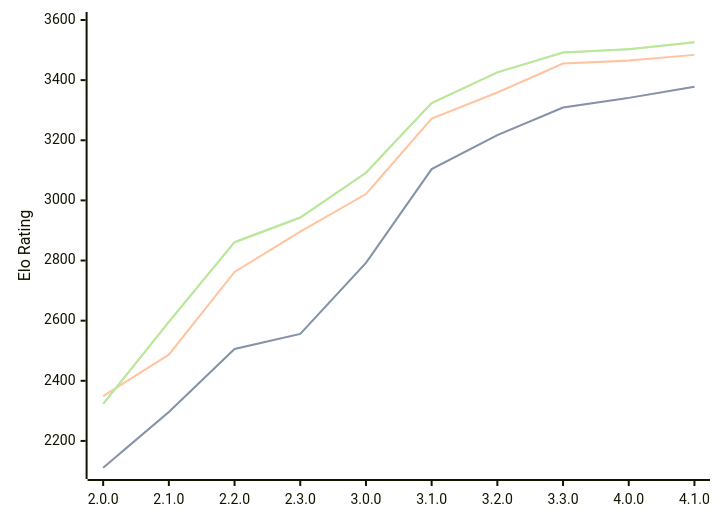
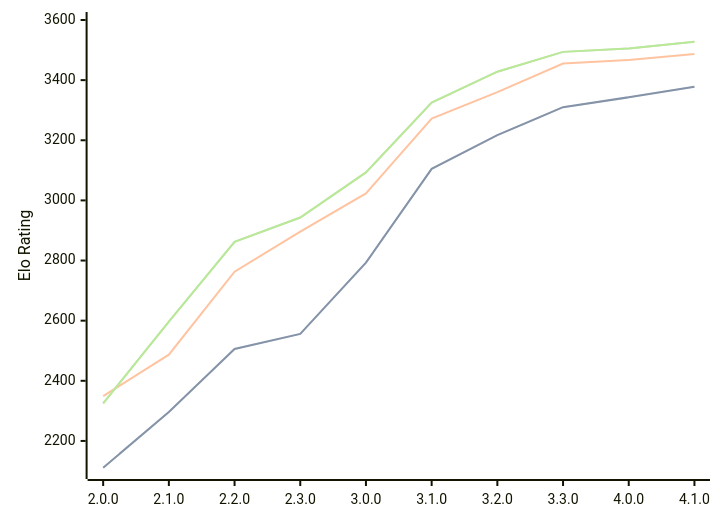
Before and after one commit to computer-chess-index/cci: the first of 3 diagrams in engines/Raphael.md, drawn with Mermaid. The commit also changed other lines of this file, not shown here.

Commit message:
Update CCI Ratings (ELO VLTC) - 2026-06-24

````diff
--- a/engines/Raphael.md
+++ b/engines/Raphael.md
@@ -52,11 +52,11 @@
 ```mermaid
 %%{init: {"theme":"base","themeVariables":{"seriesColors:['#a3a3a3','#222221','#faa371']}}}%%
 xychart-beta
   x-axis ["2.0.0", "2.1.0", "2.2.0", "2.3.0", "3.0.0", "3.1.0", "3.2.0", "3.3.0", "4.0.0", "4.1.0"]
   y-axis "Elo Rating" 2100 --> 3600
-  line "STC (8.0+0.08s)" [2111, 2296, 2506, 2556, 2792, 3104, 3217, 3309, 3341, 3378]
-  line "STC (8.0+0.08s)" [2111, 2296, 2506, 2556, 2792, 3104, 3217, 3309, 3341, 3378]
-  line "LTC (60.0+0.60s)" [2349, 2487, 2762, 2896, 3021, 3272, 3359, 3455, 3465, 3484]
-  line "VLTC (2m24s+1.12s)" [2323, 2596, 2861, 2943, 3092, 3324, 3426, 3492, 3503, 3526]
-  line "VLTC (2m24s+1.12s)" [2323, 2596, 2861, 2943, 3092, 3324, 3426, 3492, 3503, 3526]
+  line "STC (8.0+0.08s)" [2111, 2296, 2506, 2556, 2793, 3105, 3217, 3310, 3343, 3378]
+  line "STC (8.0+0.08s)" [2111, 2296, 2506, 2556, 2793, 3105, 3217, 3310, 3343, 3378]
+  line "LTC (60.0+0.60s)" [2349, 2487, 2763, 2896, 3023, 3272, 3360, 3455, 3467, 3487]
+  line "VLTC (2m24s+1.12s)" [2325, 2597, 2862, 2943, 3093, 3325, 3428, 3494, 3505, 3528]
+  line "VLTC (2m24s+1.12s)" [2325, 2597, 2862, 2943, 3093, 3325, 3428, 3494, 3505, 3528]
 ```
````
